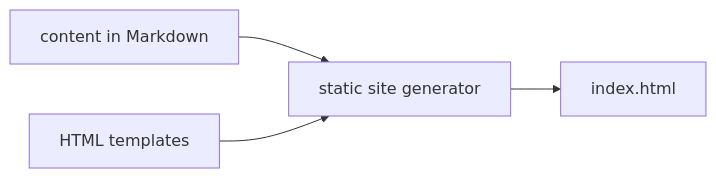
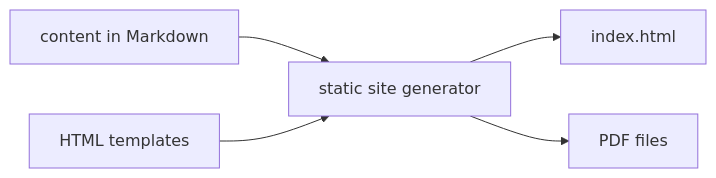
Before and after one commit to enkron/enkron.github.io: the first of 2 diagrams in README.md, drawn with Mermaid.

Commit message:
feat: add pdf files to flowchart

````diff
--- a/README.md
+++ b/README.md
@@ -4,6 +4,7 @@
 ```mermaid
     flowchart LR;
     A[content in Markdown]-->B[static site generator];
     C[HTML templates]-->B;
     B-->D[index.html];
+    B-->E[PDF files];
 ```
````
